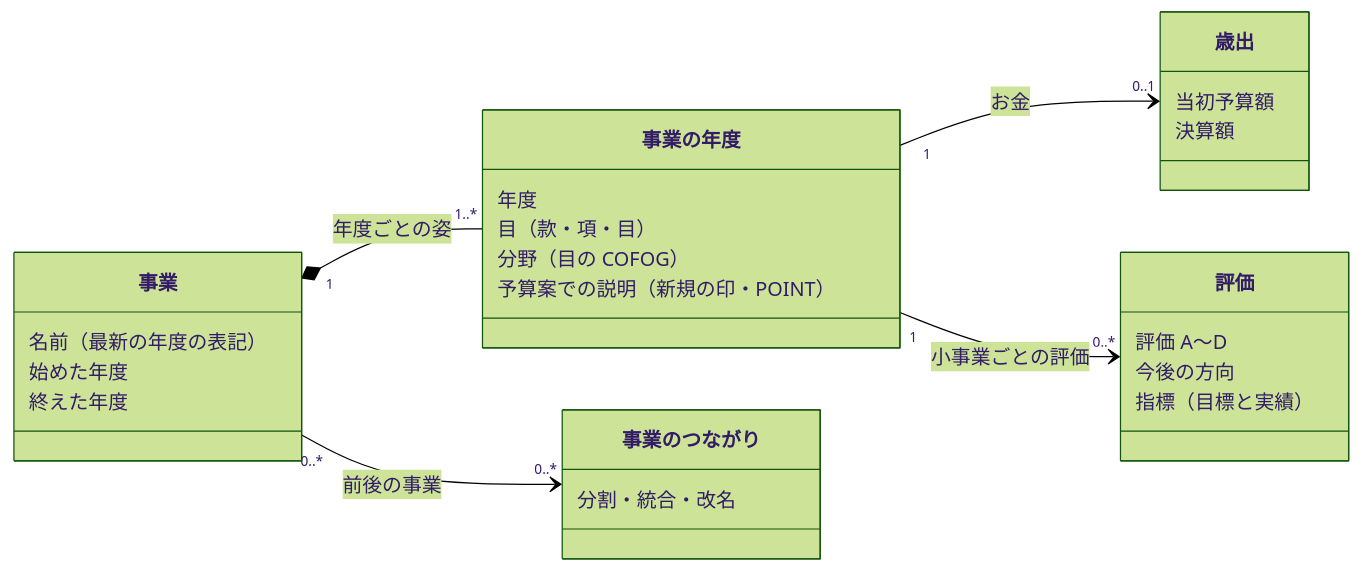
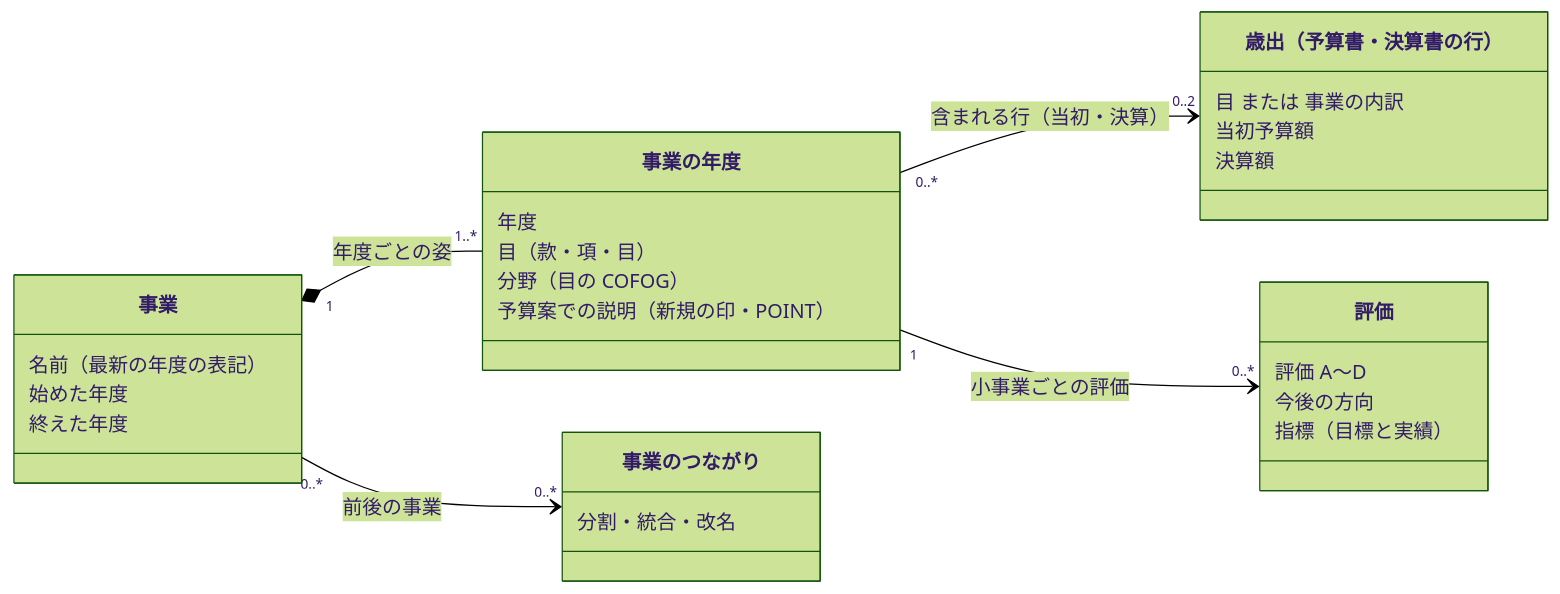
Before and after one commit to fudoki-hensansitu/fudoki: the diagram in docs/prd/jurisdiction-page-data/project-domain-model.md, drawn with Mermaid (forest theme). The commit also changed other lines of this file, not shown here.

First line of the commit message:
docs: 歳出を予算書・決算書の行（目か事業の内訳）とし、年度をまたぐ判定の件数と同名複数の組の扱いを直す

````diff
--- a/docs/prd/jurisdiction-page-data/project-domain-model.md
+++ b/docs/prd/jurisdiction-page-data/project-domain-model.md
@@ -17,31 +17,32 @@
 ```mermaid
 classDiagram
     direction LR
     class Project["事業"] {
         名前（最新の年度の表記）
         始めた年度
         終えた年度
     }
     class ProjectYear["事業の年度"] {
         年度
         目（款・項・目）
         分野（目の COFOG）
         予算案での説明（新規の印・POINT）
     }
-    class Expenditure["歳出"] {
+    class Expenditure["歳出（予算書・決算書の行）"] {
+        目 または 事業の内訳
         当初予算額
         決算額
     }
     class Evaluation["評価"] {
         評価 A〜D
         今後の方向
         指標（目標と実績）
     }
     class Lineage["事業のつながり"] {
         分割・統合・改名
     }
     Project "1" *-- "1..*" ProjectYear : 年度ごとの姿
-    ProjectYear "1" --> "0..1" Expenditure : お金
+    ProjectYear "0..*" --> "0..2" Expenditure : 含まれる行（当初・決算）
     ProjectYear "1" --> "0..*" Evaluation : 小事業ごとの評価
     Project "0..*" --> "0..*" Lineage : 前後の事業
 ```
````
